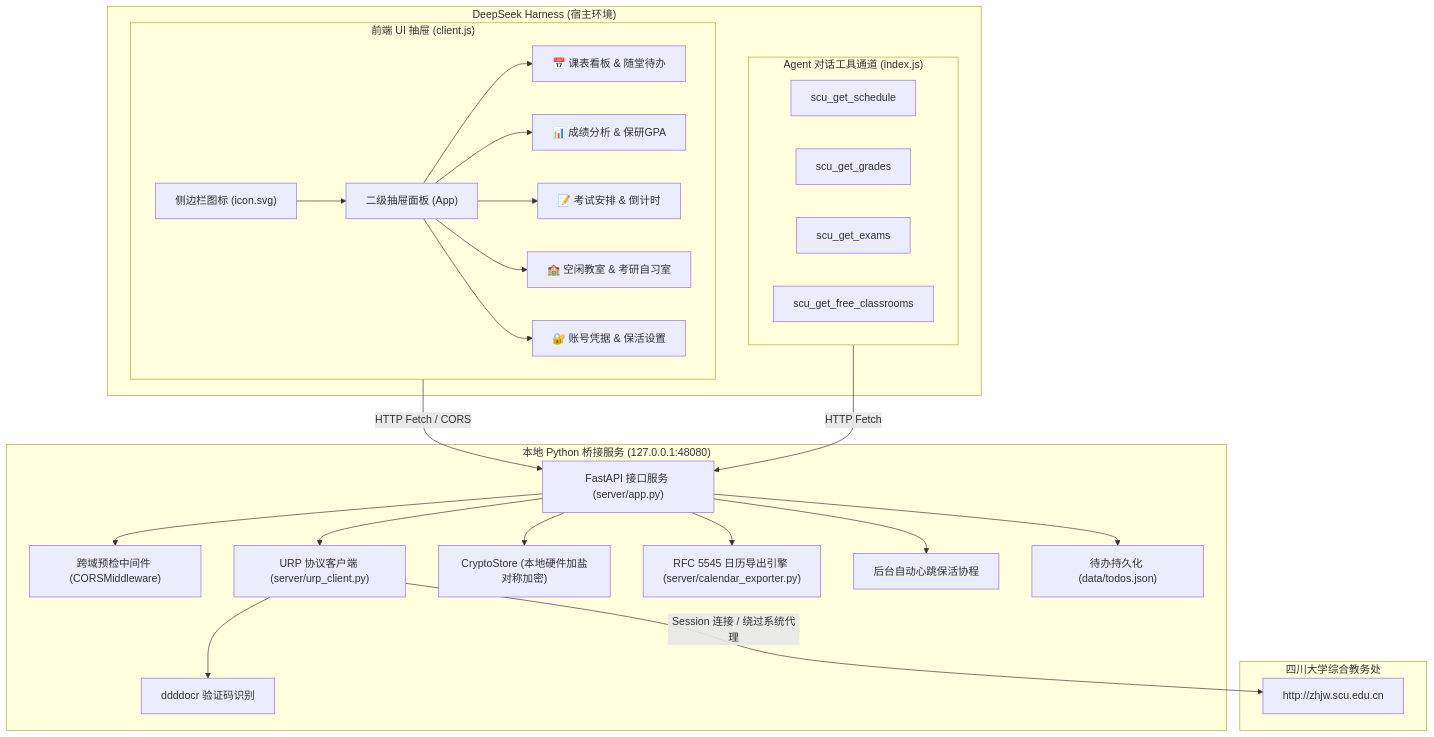
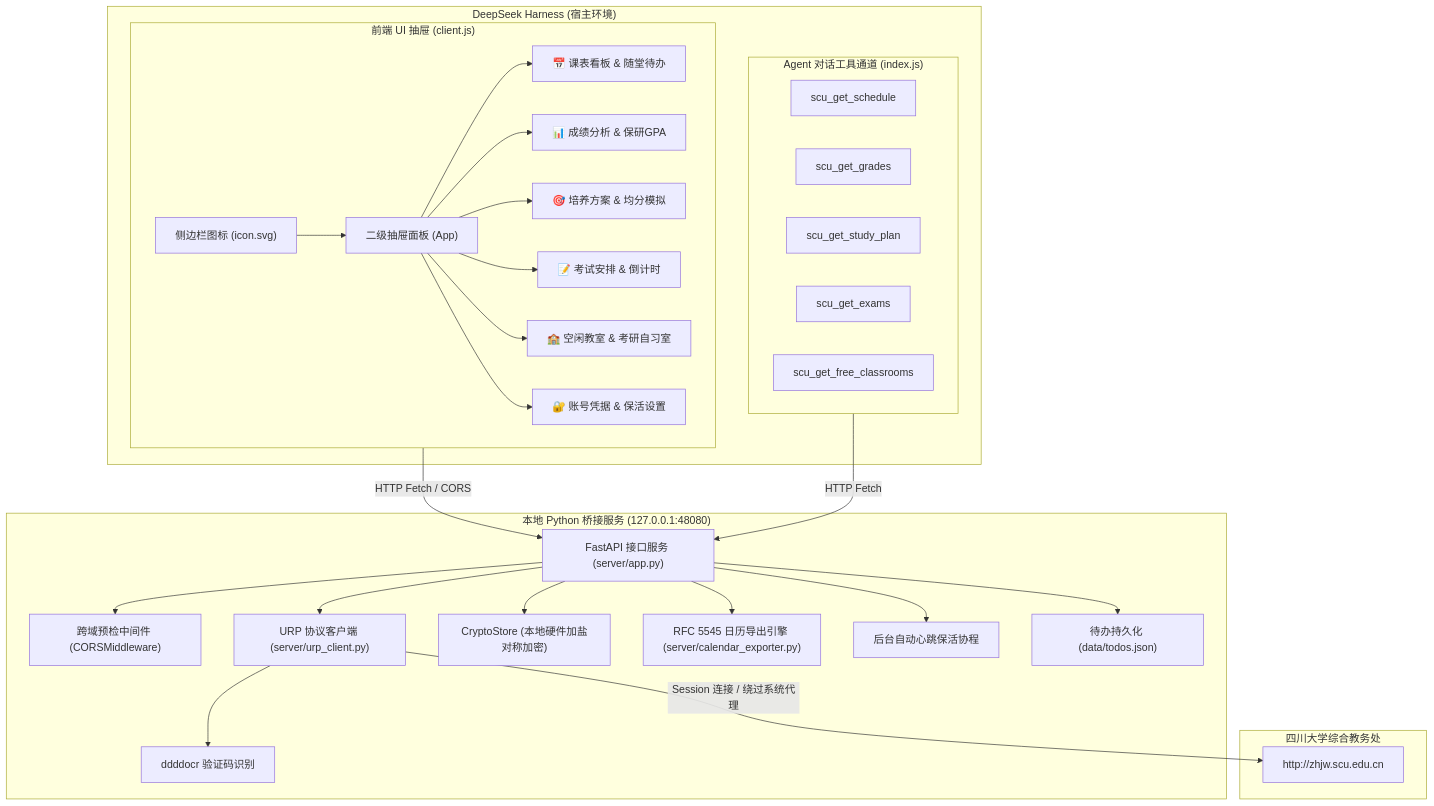
The diagram in README.md (AR-26710-1/dsh-plugin-scu-urp), drawn with Mermaid before and after one commit. The commit also changed other lines of this file and 5 other files, not shown here.

````diff
--- a/README.md
+++ b/README.md
@@ -55,45 +67,47 @@
 ```mermaid
 flowchart TD
     subgraph DSH["DeepSeek Harness (宿主环境)"]
         subgraph UI["前端 UI 抽屉 (client.js)"]
             Sidebar["侧边栏图标 (icon.svg)"] --> Drawer["二级抽屉面板 (App)"]
             Drawer --> TabSchedule["📅 课表看板 & 随堂待办"]
             Drawer --> TabGrades["📊 成绩分析 & 保研GPA"]
+            Drawer --> TabPlan["🎯 培养方案 & 均分模拟"]
             Drawer --> TabExams["📝 考试安排 & 倒计时"]
             Drawer --> TabRooms["🏫 空闲教室 & 考研自习室"]
             Drawer --> TabSettings["🔐 账号凭据 & 保活设置"]
         end
         subgraph Tools["Agent 对话工具通道 (index.js)"]
             T1["scu_get_schedule"]
             T2["scu_get_grades"]
-            T3["scu_get_exams"]
-            T4["scu_get_free_classrooms"]
+            T3["scu_get_study_plan"]
+            T4["scu_get_exams"]
+            T5["scu_get_free_classrooms"]
         end
     end
 
     subgraph Backend["本地 Python 桥接服务 (127.0.0.1:48080)"]
         FastAPI["FastAPI 接口服务 (server/app.py)"]
         CORS["跨域预检中间件 (CORSMiddleware)"]
         Client["URP 协议客户端 (server/urp_client.py)"]
         OCR["ddddocr 验证码识别"]
         Store["CryptoStore (本地硬件加盐对称加密)"]
         ICS["RFC 5545 日历导出引擎 (server/calendar_exporter.py)"]
         Heartbeat["后台自动心跳保活协程"]
         Todos["待办持久化 (data/todos.json)"]
     end
 
     subgraph Remote["四川大学综合教务处"]
         URP["http://zhjw.scu.edu.cn"]
     end
 
     UI -->|HTTP Fetch / CORS| FastAPI
     Tools -->|HTTP Fetch| FastAPI
     FastAPI --> CORS
     FastAPI --> Heartbeat
     FastAPI --> Client
     FastAPI --> Store
     FastAPI --> ICS
     FastAPI --> Todos
     Client --> OCR
     Client -->|Session 连接 / 绕过系统代理| URP
 ```
````
